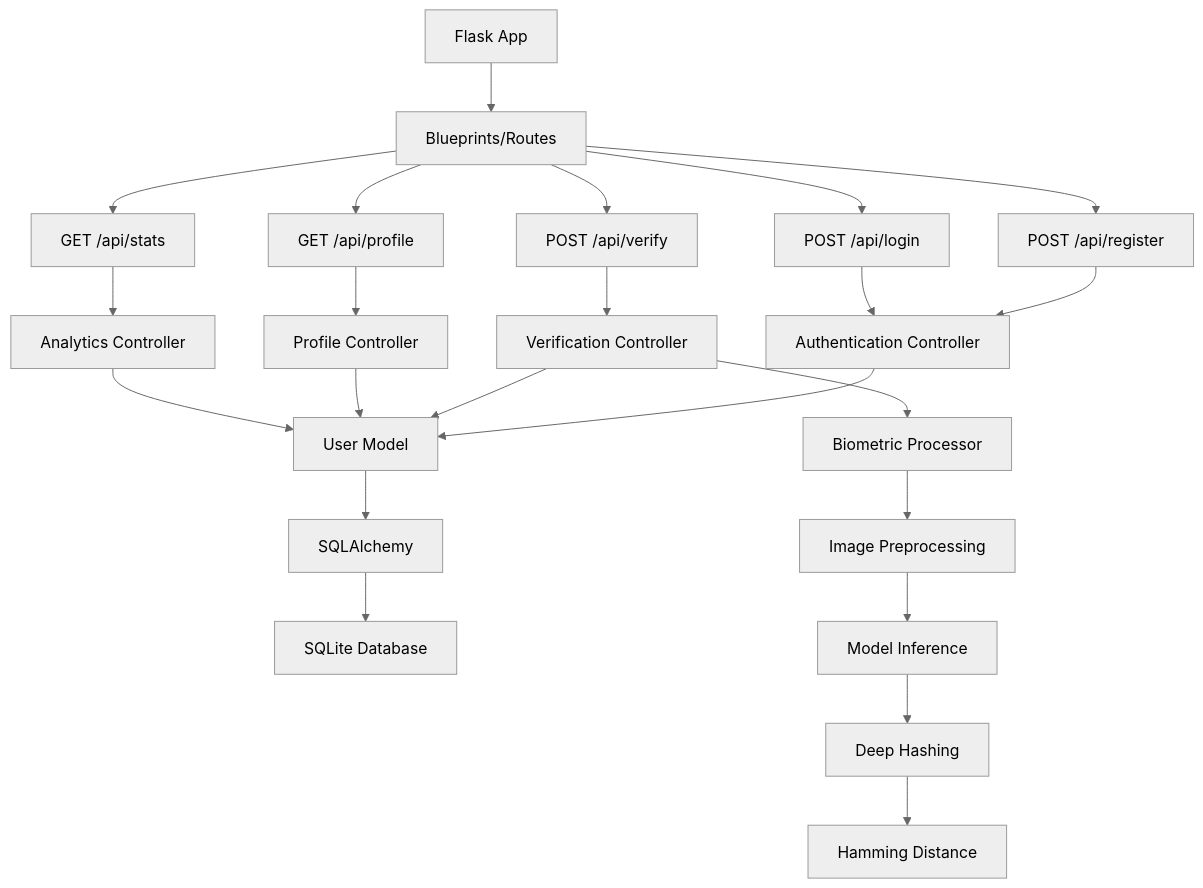
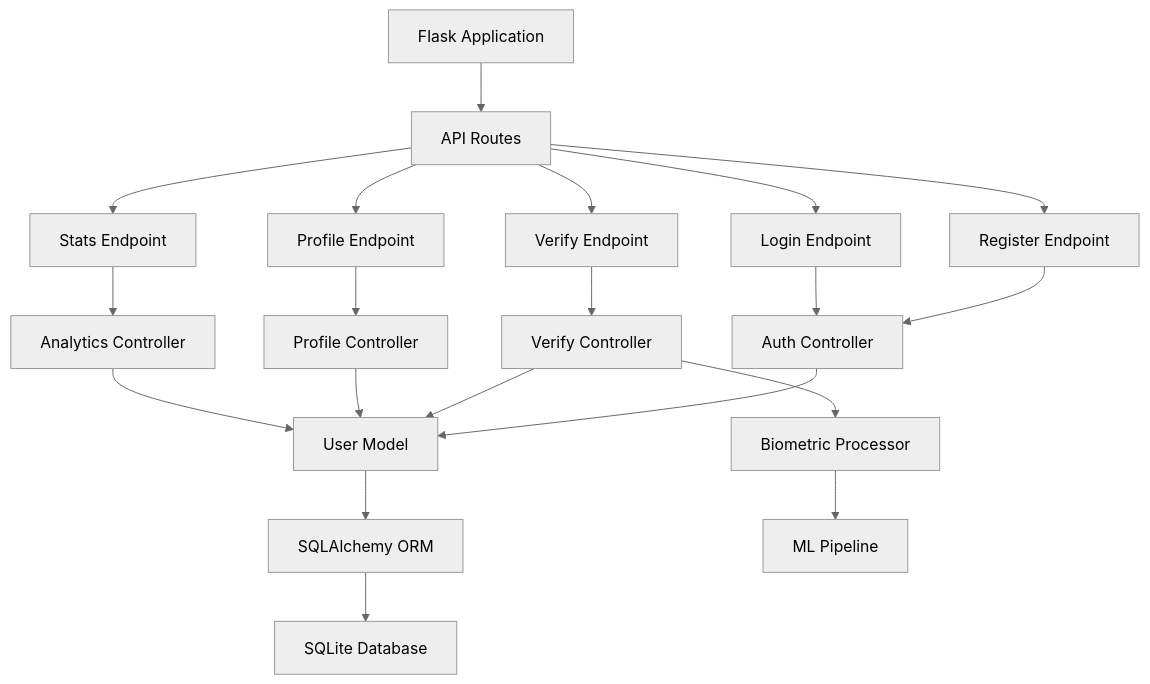
Before and after one commit to BTech20/biometric-auth-system: the third of 14 diagrams in ARCHITECTURE.md, drawn with Mermaid (neutral theme). The commit also changed other lines of this file, not shown here.

First line of the commit message:
Fix Mermaid diagram rendering issues for GitHub

````diff
--- a/ARCHITECTURE.md
+++ b/ARCHITECTURE.md
@@ -126,29 +143,39 @@
 ```mermaid
-graph TB
-    A[Flask App] --> B[Blueprints/Routes]
-    B --> C["POST /api/register"]
-    B --> D["POST /api/login"]
-    B --> E["POST /api/verify"]
-    B --> F["GET /api/profile"]
-    B --> G["GET /api/stats"]
+graph TD
+    A["Flask Application"]
+    B["API Routes"]
+    C["Register Endpoint"]
+    D["Login Endpoint"]
+    E["Verify Endpoint"]
+    F["Profile Endpoint"]
+    G["Stats Endpoint"]
+    H["Auth Controller"]
+    I["Verify Controller"]
+    J["Profile Controller"]
+    K["Analytics Controller"]
+    L["User Model"]
+    M["SQLAlchemy ORM"]
+    N["SQLite Database"]
+    O["Biometric Processor"]
+    P["ML Pipeline"]
     
-    C --> H[Authentication Controller]
+    A --> B
+    B --> C
+    B --> D
+    B --> E
+    B --> F
+    B --> G
+    C --> H
     D --> H
-    E --> I[Verification Controller]
-    F --> J[Profile Controller]
-    G --> K[Analytics Controller]
-    
-    H --> L[User Model]
+    E --> I
+    F --> J
+    G --> K
+    H --> L
     I --> L
     J --> L
     K --> L
-    
-    L --> M[SQLAlchemy]
-    M --> N[SQLite Database]
-    
-    I --> O[Biometric Processor]
-    O --> P[Image Preprocessing]
-    P --> Q[Model Inference]
-    Q --> R[Deep Hashing]
-    R --> S[Hamming Distance]
+    L --> M
+    M --> N
+    I --> O
+    O --> P
 ```
````
